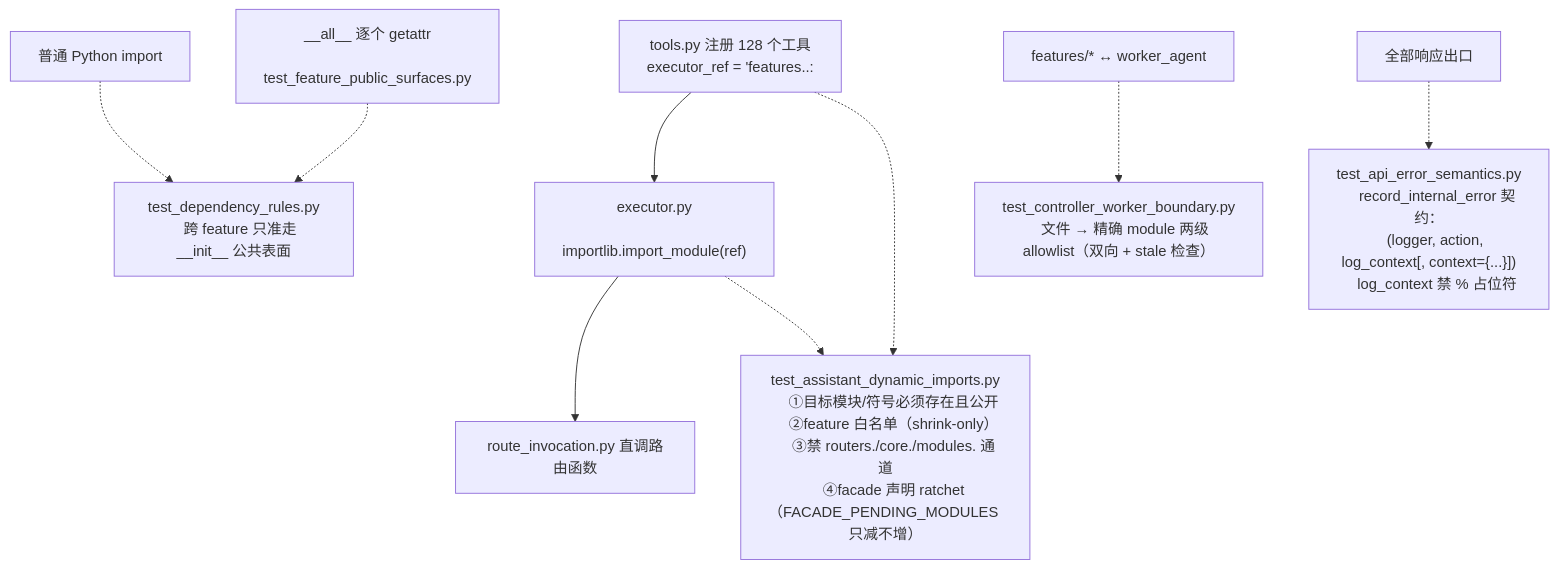
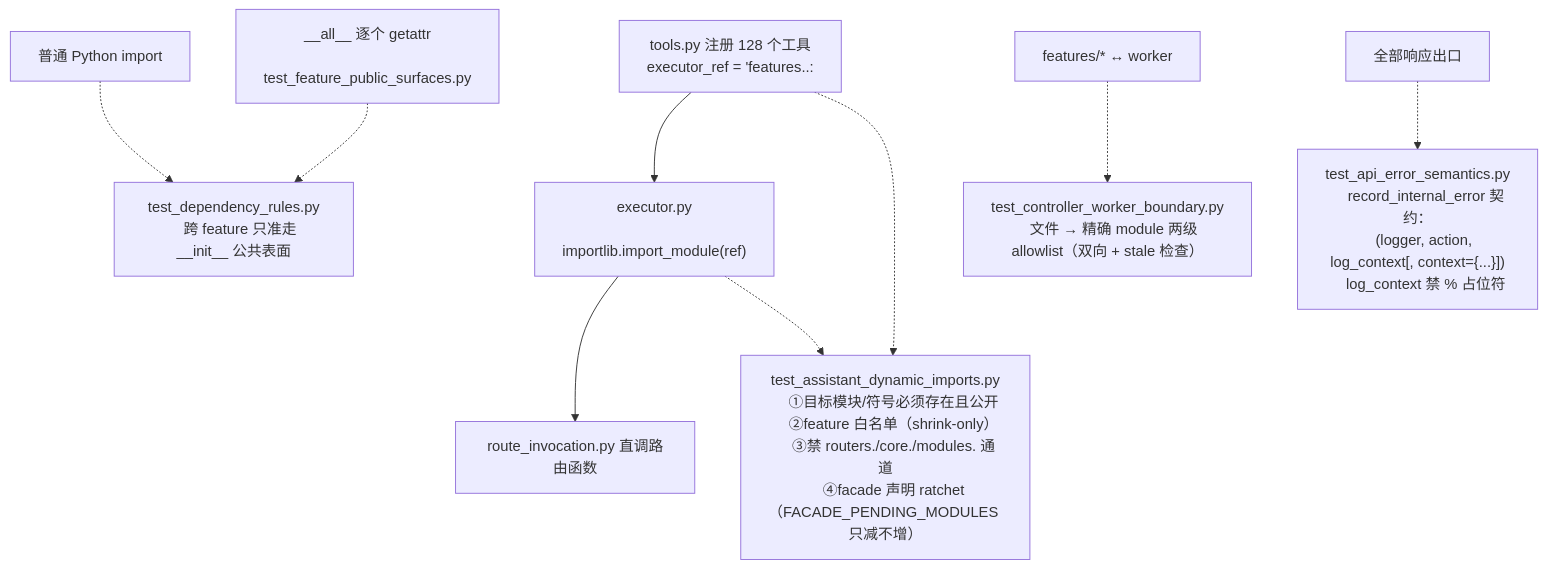
Before and after one commit to weixin1263831586/GMS_Remote_Test_Web: the fifth of 7 diagrams in docs/architecture/ai-governance.md, drawn with Mermaid. The commit also changed other lines of this file and 1369 other files, not shown here.

````diff
--- a/docs/architecture/ai-governance.md
+++ b/docs/architecture/ai-governance.md
@@ -198,23 +198,23 @@
 ```mermaid
 flowchart TD
     Tools["tools.py 注册 128 个工具
     executor_ref = 'features.<feature>.<module>:<symbol>'"] --> Exec["executor.py
     importlib.import_module(ref)"]
     Exec --> Route["route_invocation.py 直调路由函数"]
     Tools -.-> GateA["test_assistant_dynamic_imports.py
     ①目标模块/符号必须存在且公开
     ②feature 白名单（shrink-only）
     ③禁 routers./core./modules. 通道
     ④facade 声明 ratchet（FACADE_PENDING_MODULES 只减不增）"]
     Exec -.-> GateA
     Normal["普通 Python import"] -.-> GateB["test_dependency_rules.py
     跨 feature 只准走 __init__ 公共表面"]
-    Bridge["features/* ↔ worker_agent"] -.-> GateC["test_controller_worker_boundary.py
+    Bridge["features/* ↔ worker"] -.-> GateC["test_controller_worker_boundary.py
     文件 → 精确 module 两级 allowlist（双向 + stale 检查）"]
     All["全部响应出口"] -.-> GateD["test_api_error_semantics.py
     record_internal_error 契约：
     (logger, action, log_context[, context={...}])
     log_context 禁 % 占位符"]
     Gate["__all__ 逐个 getattr
     test_feature_public_surfaces.py"] -.-> GateB
 ```
````
